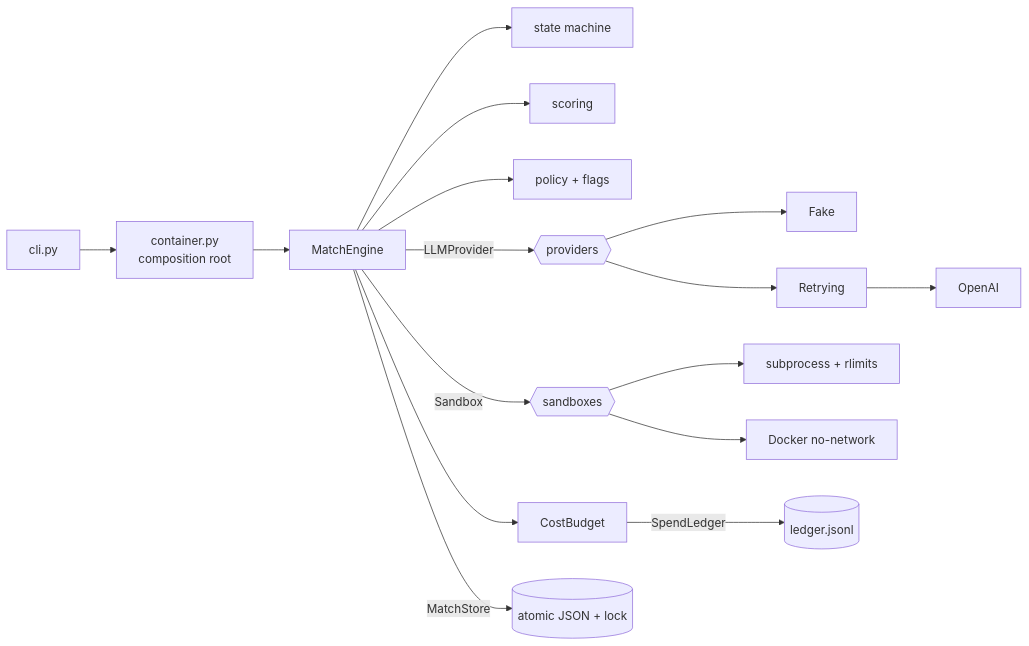
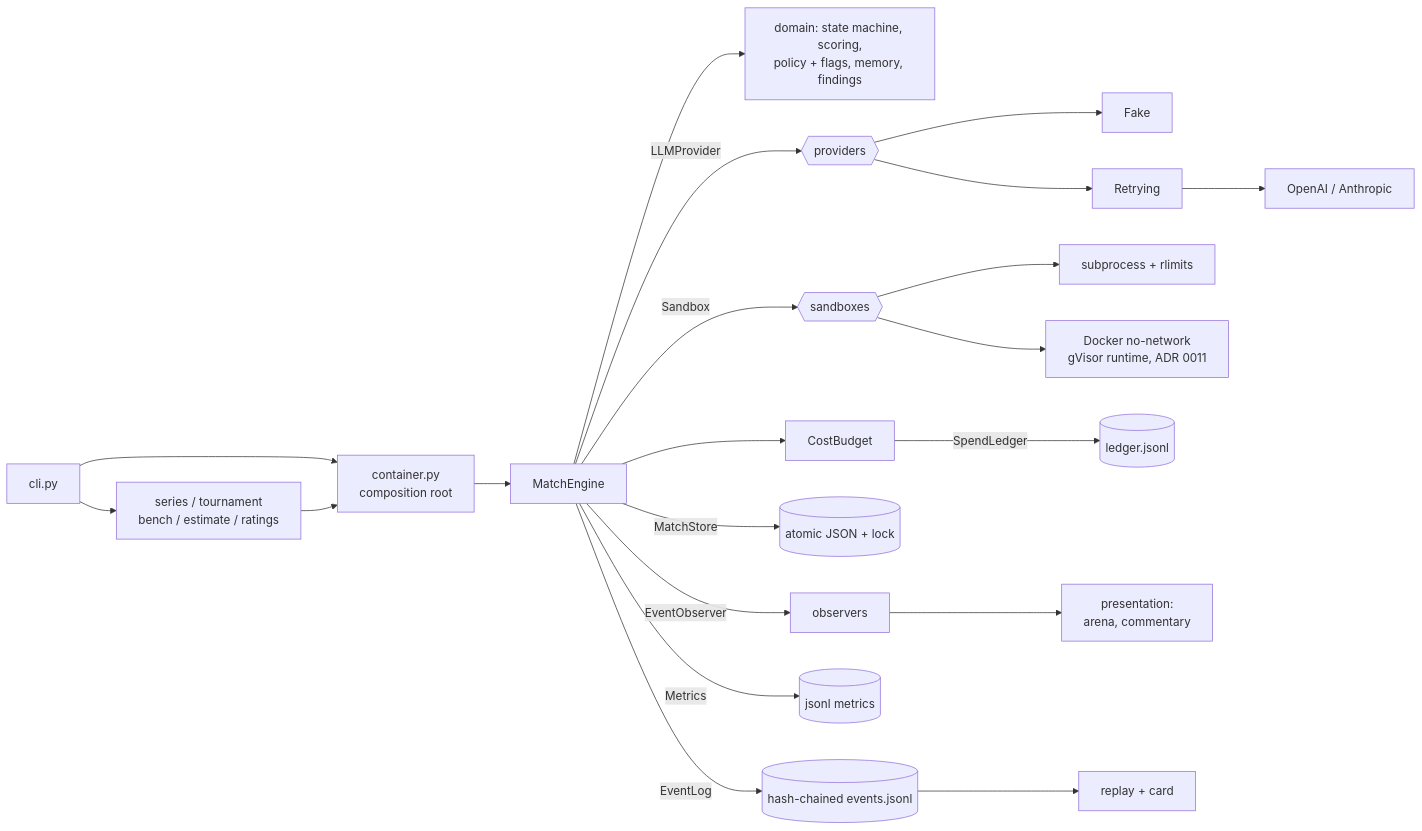
Before and after one commit to jaydenpiao/claude-duel: the diagram in README.md, drawn with Mermaid. The commit also changed other lines of this file and 1 other file, not shown here.

Commit message:
redraw readme diagram

````diff
--- a/README.md
+++ b/README.md
@@ -35,17 +35,22 @@
 ```mermaid
 flowchart LR
   CLI[cli.py] --> C[container.py<br/>composition root]
+  CLI --> DR[series / tournament<br/>bench / estimate / ratings]
+  DR --> C
   C --> E[MatchEngine]
-  E --> SM[state machine]
-  E --> SC[scoring]
-  E --> PO[policy + flags]
+  E --> D[domain: state machine, scoring,<br/>policy + flags, memory, findings]
   E --> B[CostBudget]
   E -->|LLMProvider| P{{providers}}
   P --> F[Fake]
-  P --> R[Retrying] --> O[OpenAI]
+  P --> R[Retrying] --> O[OpenAI / Anthropic]
   E -->|Sandbox| S{{sandboxes}}
   S --> SP[subprocess + rlimits]
-  S --> D[Docker no-network]
+  S --> DK[Docker no-network<br/>gVisor runtime, ADR 0011]
   E -->|MatchStore| ST[(atomic JSON + lock)]
+  E -->|EventLog| EL[(hash-chained events.jsonl)]
+  E -->|Metrics| M[(jsonl metrics)]
   B -->|SpendLedger| L[(ledger.jsonl)]
+  E -->|EventObserver| OB[observers]
+  OB --> PR[presentation:<br/>arena, commentary]
+  EL --> RP[replay + card]
 ```
````
